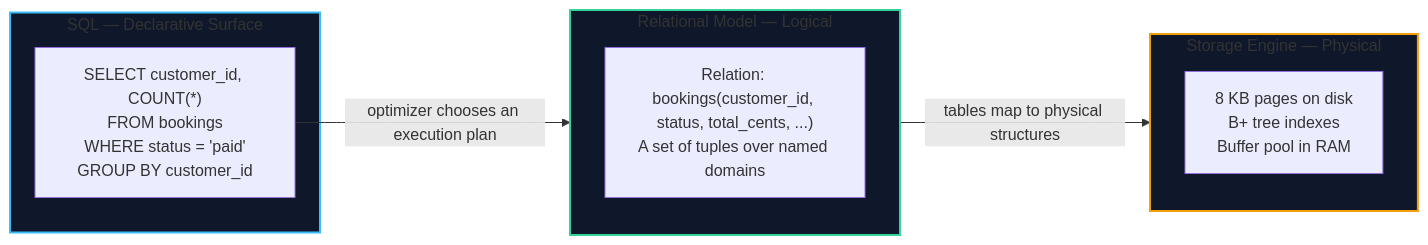
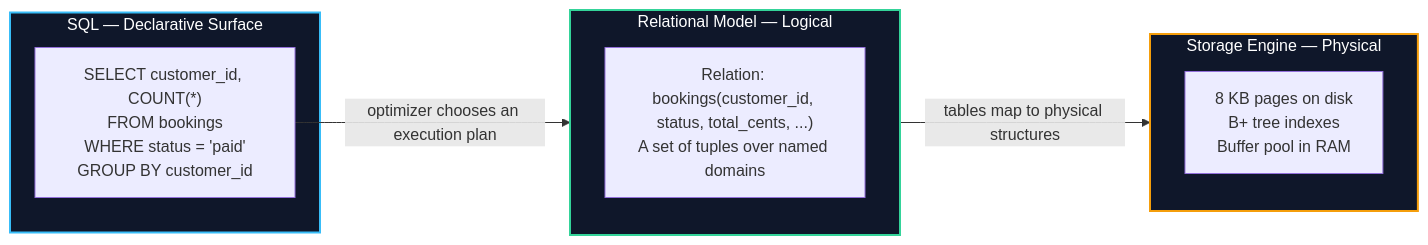
The second of 2 diagrams in content/docs/databases-sql/01-foundations-and-relational-modeling/01-what-is-a-database.mdx (1345AbhishekKumar/cs-cookbook), drawn with Mermaid before and after one commit. The commit also changed other lines of this file and 80 other files, not shown here.

````diff
--- a/content/docs/databases-sql/01-foundations-and-relational-modeling/01-what-is-a-database.mdx
+++ b/content/docs/databases-sql/01-foundations-and-relational-modeling/01-what-is-a-database.mdx
@@ -124,21 +124,21 @@
 ```mermaid
 flowchart LR
     subgraph SQL["SQL — Declarative Surface"]
         Q["SELECT customer_id, COUNT(*)<br/>FROM bookings<br/>WHERE status = 'paid'<br/>GROUP BY customer_id"]
     end
 
     subgraph Model["Relational Model — Logical"]
         Rel["Relation: bookings(customer_id, status, total_cents, ...)<br/>A set of tuples over named domains"]
     end
 
     subgraph Engine["Storage Engine — Physical"]
         Pages["8 KB pages on disk<br/>B+ tree indexes<br/>Buffer pool in RAM"]
     end
 
     Q -->|"optimizer chooses an execution plan"| Model
     Model -->|"tables map to physical structures"| Engine
 
-    style SQL fill:#0f172a,stroke:#38bdf8,stroke-width:2px
-    style Model fill:#0f172a,stroke:#34d399,stroke-width:2px
-    style Engine fill:#0f172a,stroke:#f59e0b,stroke-width:2px
+    style SQL fill:#0f172a,stroke:#38bdf8,stroke-width:2px,color:#ffffff
+    style Model fill:#0f172a,stroke:#34d399,stroke-width:2px,color:#ffffff
+    style Engine fill:#0f172a,stroke:#f59e0b,stroke-width:2px,color:#ffffff
 ```
````
